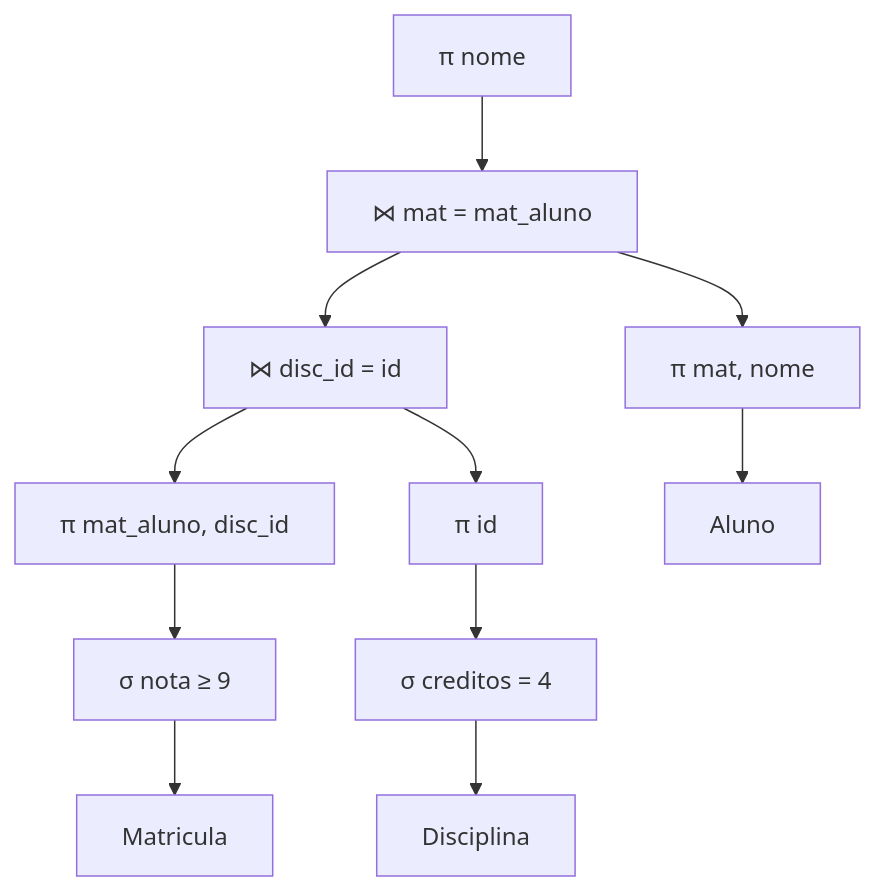
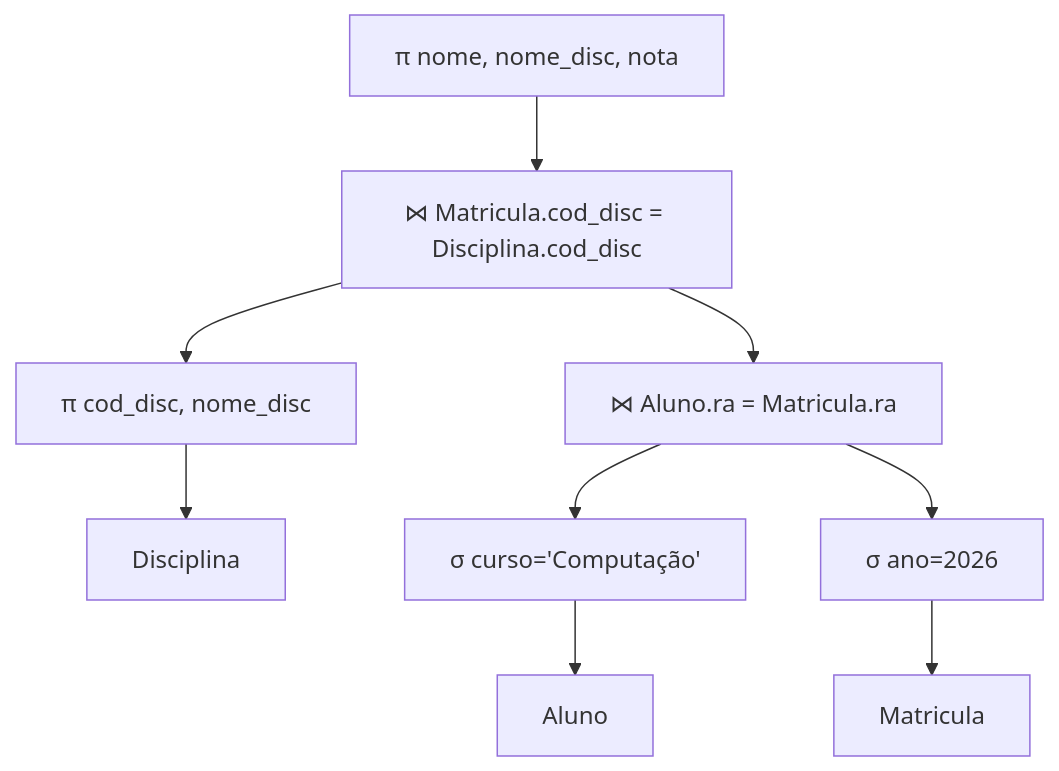
Before and after one commit to HerikDR/estudo-comp-escalavel: the third of 3 diagrams in estudo/11_processamento_otimizacao_consultas.md, drawn with Mermaid. The commit also changed other lines of this file and 10 other files, not shown here.

````diff
--- a/estudo/11_processamento_otimizacao_consultas.md
+++ b/estudo/11_processamento_otimizacao_consultas.md
@@ -799,8 +104,8 @@
 ```mermaid
 flowchart TB
-    P["π nome"] --> J2["⋈ mat = mat_aluno"]
-    J2 --> J1["⋈ disc_id = id"]
-    J1 --> PM["π mat_aluno, disc_id"] --> SM["σ nota ≥ 9"] --> M["Matricula"]
-    J1 --> PD["π id"] --> SD["σ creditos = 4"] --> D["Disciplina"]
-    J2 --> PA["π mat, nome"] --> A["Aluno"]
+    P["π nome, nome_disc, nota"] --> J2["⋈ Matricula.cod_disc = Disciplina.cod_disc"]
+    J2 --> J1["⋈ Aluno.ra = Matricula.ra"]
+    J2 --> PD["π cod_disc, nome_disc"] --> D["Disciplina"]
+    J1 --> SA["σ curso='Computação'"] --> A["Aluno"]
+    J1 --> SM["σ ano=2026"] --> M["Matricula"]
 ```
````
